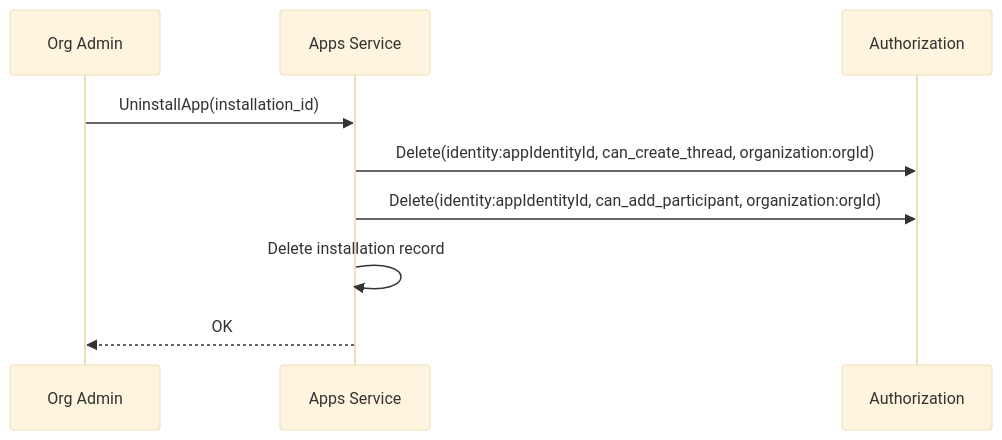
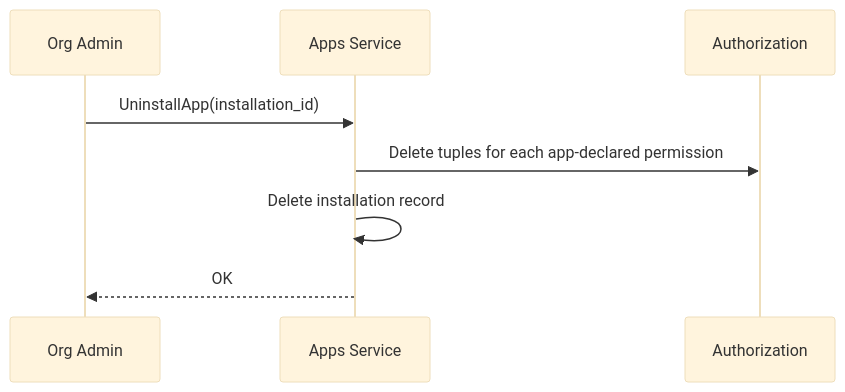
One commit to agynio/architecture changed the third of 3 diagrams in architecture/apps-service.md. Above: the diagram before and after it, drawn with Mermaid (base theme). The commit also changed other lines of this file and 2 other files, not shown here.

First line of the commit message:
App declares required permissions from extensible vocabulary

````diff
--- a/architecture/apps-service.md
+++ b/architecture/apps-service.md
@@ -99,12 +99,11 @@
 ```mermaid
 sequenceDiagram
     participant Admin as Org Admin
     participant AS as Apps Service
     participant Auth as Authorization
 
     Admin->>AS: UninstallApp(installation_id)
-    AS->>Auth: Delete(identity:appIdentityId, can_create_thread, organization:orgId)
-    AS->>Auth: Delete(identity:appIdentityId, can_add_participant, organization:orgId)
+    AS->>Auth: Delete tuples for each app-declared permission
     AS->>AS: Delete installation record
     AS-->>Admin: OK
 ```
````
